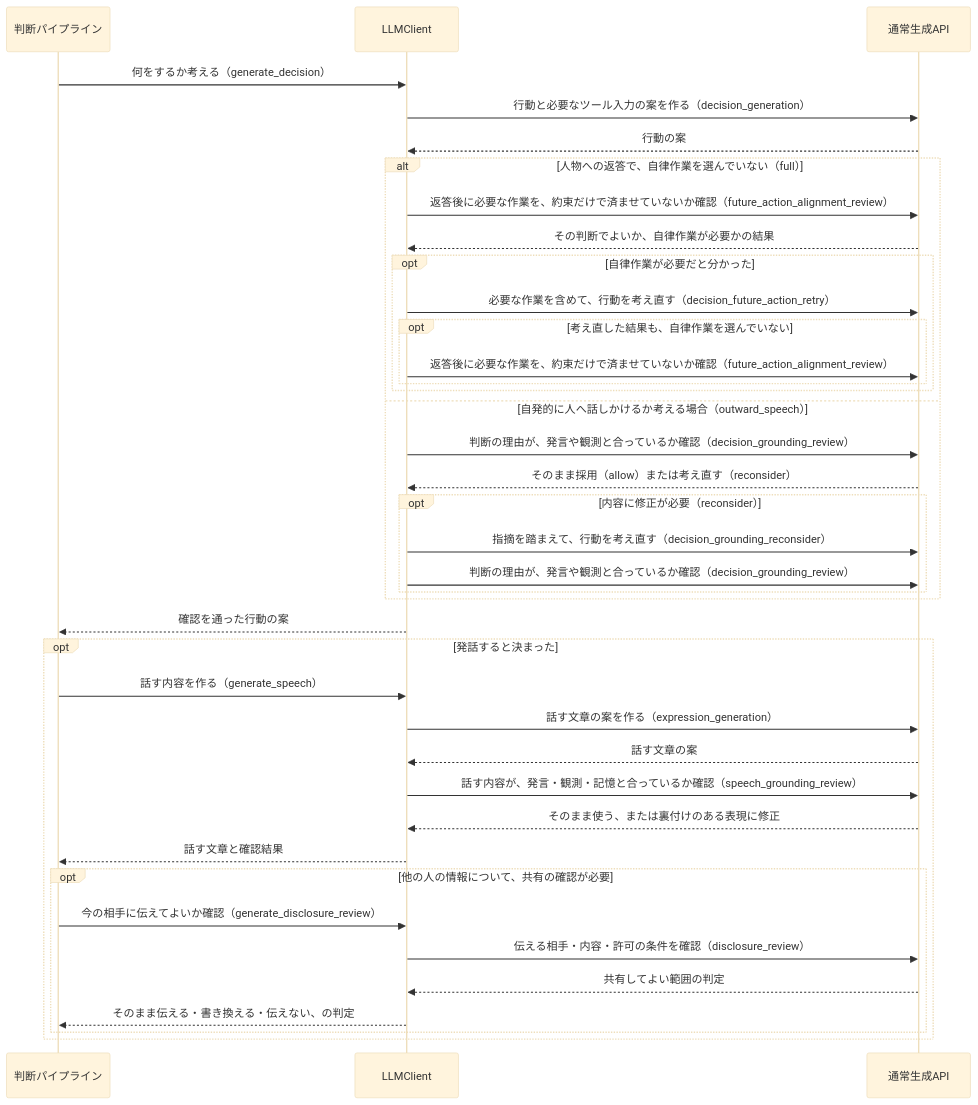
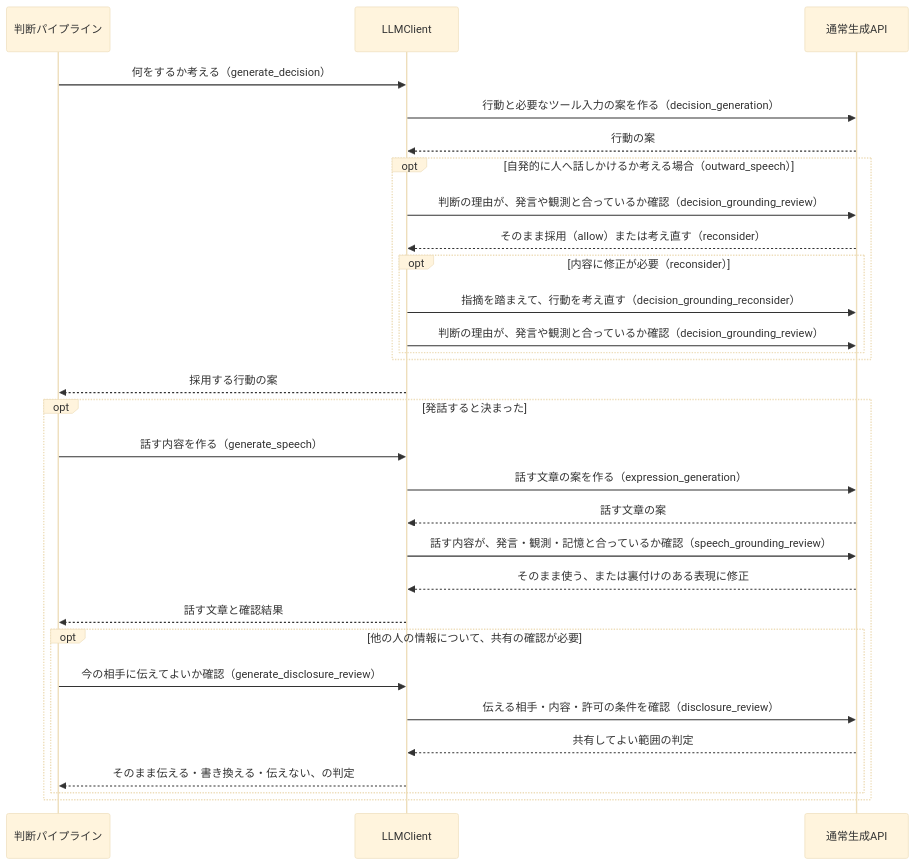
The second of 7 diagrams in docs/design/llm/LLM呼び出しシーケンス.md (hirona98/OtomeKairo), drawn with Mermaid (base theme) before and after one commit. The commit also changed other lines of this file and 9 other files, not shown here.

````diff
--- a/docs/design/llm/LLM呼び出しシーケンス.md
+++ b/docs/design/llm/LLM呼び出しシーケンス.md
@@ -138,42 +139,33 @@
 ```mermaid
 sequenceDiagram
     participant C as 判断パイプライン
     participant L as LLMClient
     participant G as 通常生成API
 
     C->>L: 何をするか考える（generate_decision）
     L->>G: 行動と必要なツール入力の案を作る（decision_generation）
     G-->>L: 行動の案
-    alt 人物への返答で、自律作業を選んでいない（full）
-        L->>G: 返答後に必要な作業を、約束だけで済ませていないか確認（future_action_alignment_review）
-        G-->>L: その判断でよいか、自律作業が必要かの結果
-        opt 自律作業が必要だと分かった
-            L->>G: 必要な作業を含めて、行動を考え直す（decision_future_action_retry）
-            opt 考え直した結果も、自律作業を選んでいない
-                L->>G: 返答後に必要な作業を、約束だけで済ませていないか確認（future_action_alignment_review）
-            end
-        end
-    else 自発的に人へ話しかけるか考える場合（outward_speech）
+    opt 自発的に人へ話しかけるか考える場合（outward_speech）
         L->>G: 判断の理由が、発言や観測と合っているか確認（decision_grounding_review）
         G-->>L: そのまま採用（allow）または考え直す（reconsider）
         opt 内容に修正が必要（reconsider）
             L->>G: 指摘を踏まえて、行動を考え直す（decision_grounding_reconsider）
             L->>G: 判断の理由が、発言や観測と合っているか確認（decision_grounding_review）
         end
     end
-    L-->>C: 確認を通った行動の案
+    L-->>C: 採用する行動の案
     opt 発話すると決まった
         C->>L: 話す内容を作る（generate_speech）
         L->>G: 話す文章の案を作る（expression_generation）
         G-->>L: 話す文章の案
         L->>G: 話す内容が、発言・観測・記憶と合っているか確認（speech_grounding_review）
         G-->>L: そのまま使う、または裏付けのある表現に修正
         L-->>C: 話す文章と確認結果
         opt 他の人の情報について、共有の確認が必要
             C->>L: 今の相手に伝えてよいか確認（generate_disclosure_review）
             L->>G: 伝える相手・内容・許可の条件を確認（disclosure_review）
             G-->>L: 共有してよい範囲の判定
             L-->>C: そのまま伝える・書き換える・伝えない、の判定
         end
     end
 ```
````
